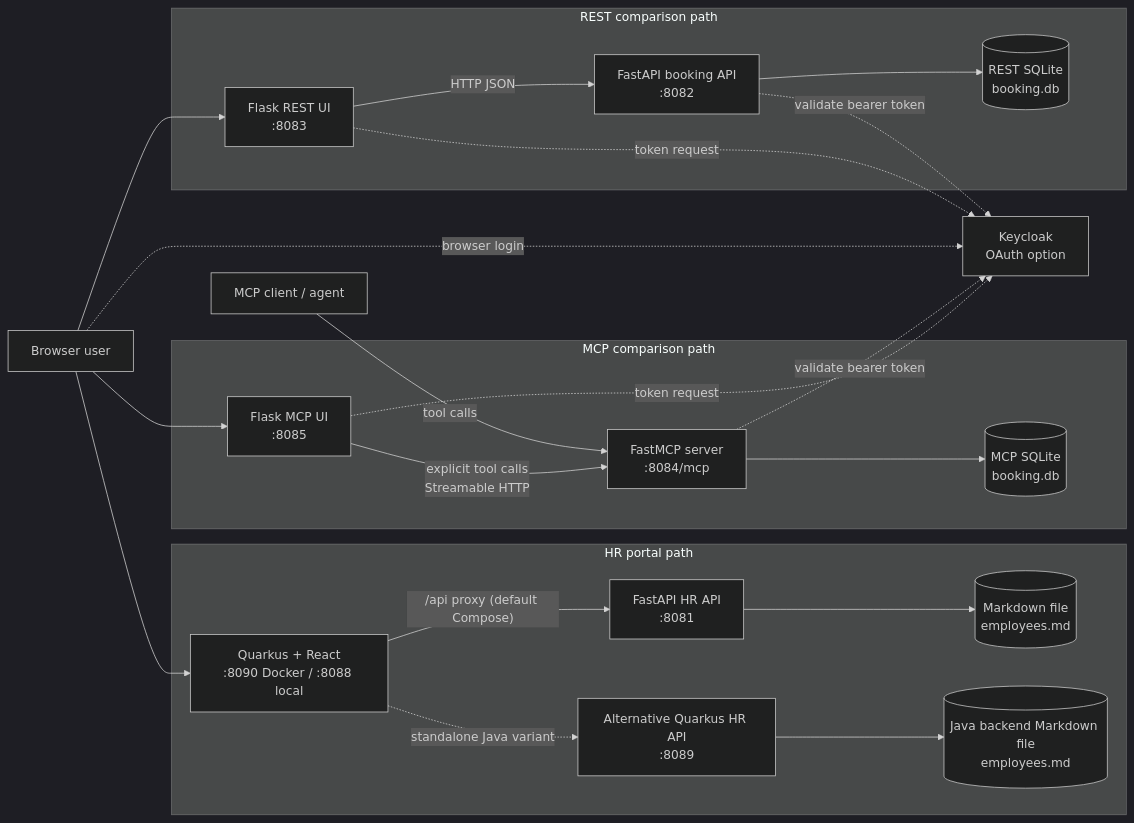
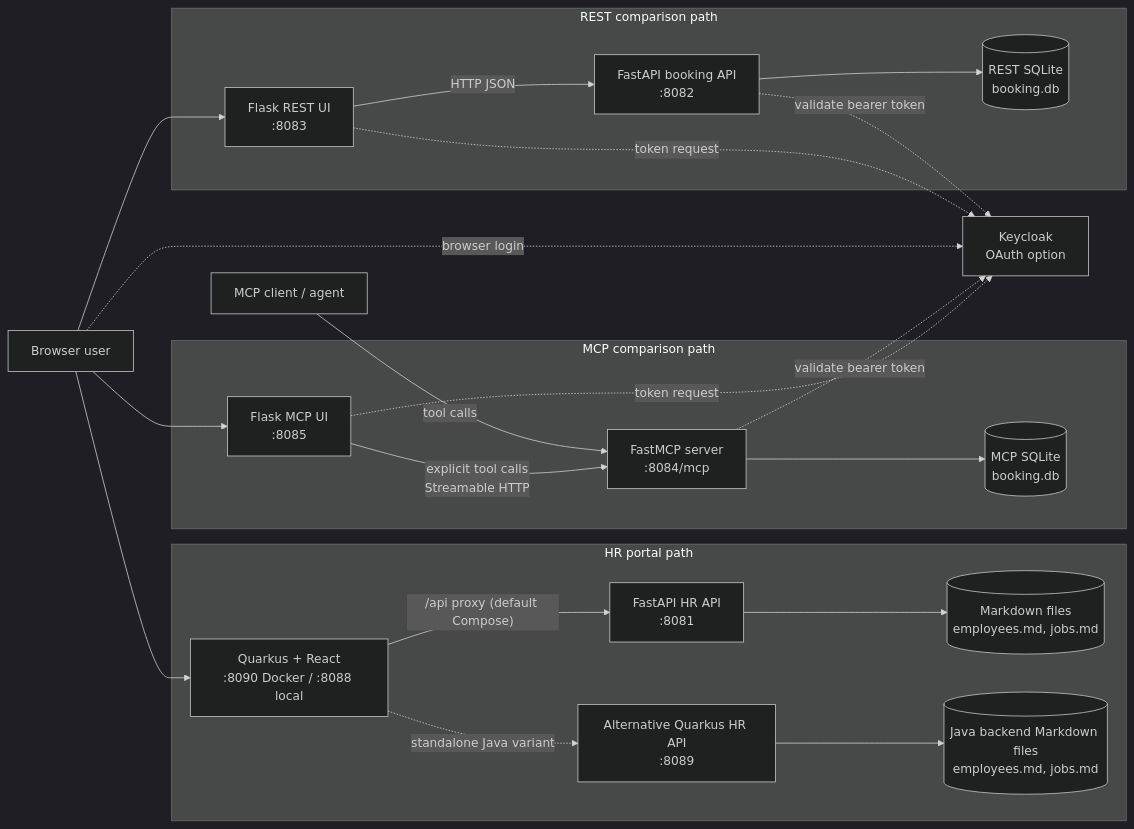
The diagram in ARCHITECTURE.md (thomassuedbroecker/galaxium-travels-infrastructure-tsuedbro), drawn with Mermaid (dark theme) before and after one commit. The commit also changed other lines of this file and 24 other files, not shown here.

````diff
--- a/ARCHITECTURE.md
+++ b/ARCHITECTURE.md
@@ -38,40 +39,40 @@
 ```mermaid
 flowchart LR
     traveler["Browser user"]
     client["MCP client / agent"]
     keycloak["Keycloak<br/>OAuth option"]
 
     subgraph rest["REST comparison path"]
         rest_ui["Flask REST UI<br/>:8083"]
         rest_api["FastAPI booking API<br/>:8082"]
         rest_db[("REST SQLite<br/>booking.db")]
         rest_ui -->|"HTTP JSON"| rest_api --> rest_db
     end
 
     subgraph mcp["MCP comparison path"]
         mcp_ui["Flask MCP UI<br/>:8085"]
         mcp_server["FastMCP server<br/>:8084/mcp"]
         mcp_db[("MCP SQLite<br/>booking.db")]
         mcp_ui -->|"explicit tool calls<br/>Streamable HTTP"| mcp_server --> mcp_db
     end
 
     subgraph hr["HR portal path"]
         hr_frontend["Quarkus + React<br/>:8090 Docker / :8088 local"]
         hr_api["FastAPI HR API<br/>:8081"]
-        hr_data[("Markdown file<br/>employees.md")]
+        hr_data[("Markdown files<br/>employees.md, jobs.md")]
         hr_frontend -->|"/api proxy (default Compose)"| hr_api --> hr_data
         hr_java["Alternative Quarkus HR API<br/>:8089"]
         hr_frontend -. "standalone Java variant" .-> hr_java
-        hr_java --> hr_java_data[("Java backend Markdown file<br/>employees.md")]
+        hr_java --> hr_java_data[("Java backend Markdown files<br/>employees.md, jobs.md")]
     end
 
     traveler --> rest_ui
     traveler --> mcp_ui
     traveler --> hr_frontend
     client -->|"tool calls"| mcp_server
     traveler -. "browser login" .-> keycloak
     rest_ui -. "token request" .-> keycloak
     mcp_ui -. "token request" .-> keycloak
     rest_api -. "validate bearer token" .-> keycloak
     mcp_server -. "validate bearer token" .-> keycloak
 ```
````
